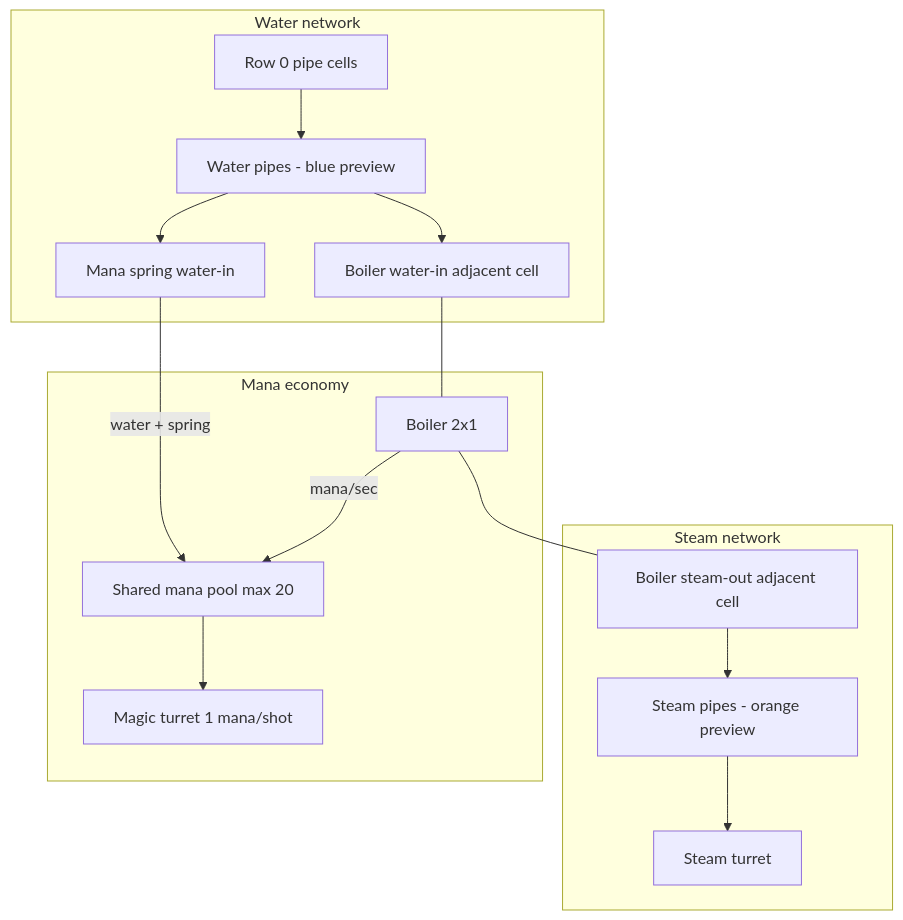
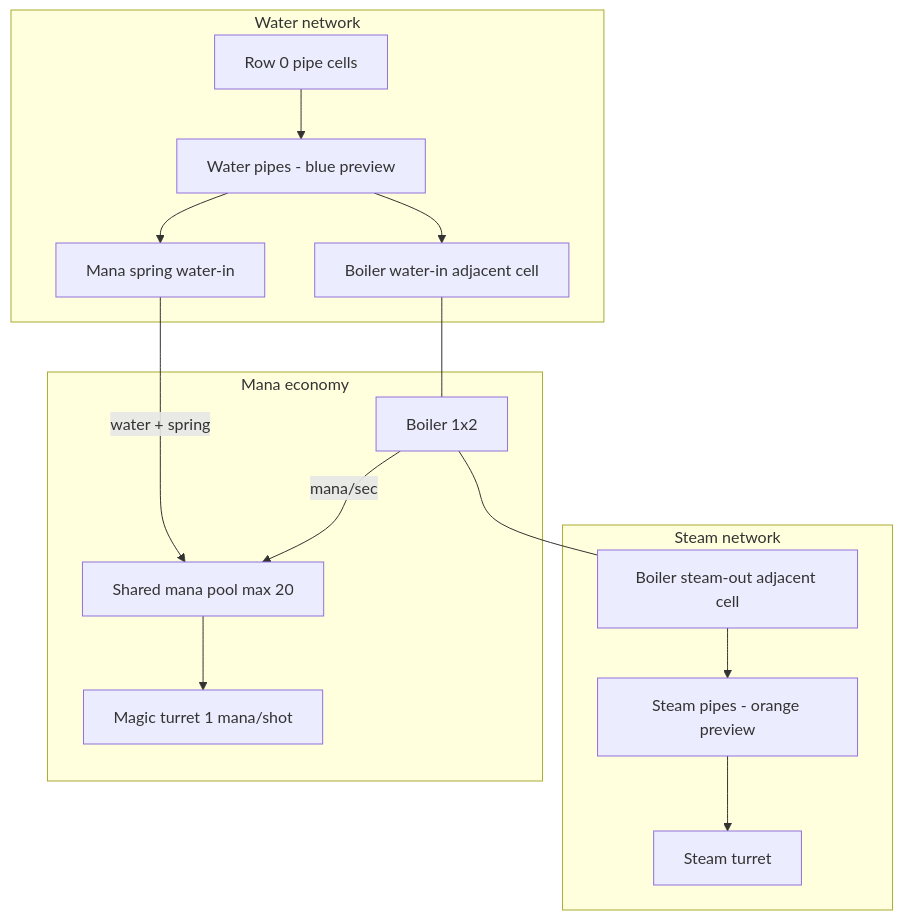
Before and after one commit to katerberg/wizard-tower-builder: the diagram in docs/PIPES.md, drawn with Mermaid. The commit also changed other lines of this file and 18 other files, not shown here.

````diff
--- a/docs/PIPES.md
+++ b/docs/PIPES.md
@@ -11,26 +11,26 @@
 ```mermaid
 flowchart TB
   subgraph water [Water network]
     G[Row 0 pipe cells]
     WP[Water pipes - blue preview]
     BI[Boiler water-in adjacent cell]
     MS[Mana spring water-in]
     G --> WP --> BI
     WP --> MS
   end
   subgraph steam [Steam network]
     BO[Boiler steam-out adjacent cell]
     SP[Steam pipes - orange preview]
     ST[Steam turret]
     BO --> SP --> ST
   end
   subgraph mana [Mana economy]
     Pool[Shared mana pool max 20]
     MS -->|water + spring| Pool
-    Boiler[Boiler 2x1] -->|mana/sec| Pool
+    Boiler[Boiler 1x2] -->|mana/sec| Pool
     MT[Magic turret 1 mana/shot]
     Pool --> MT
   end
   BI --- Boiler
   Boiler --- BO
 ```
````
